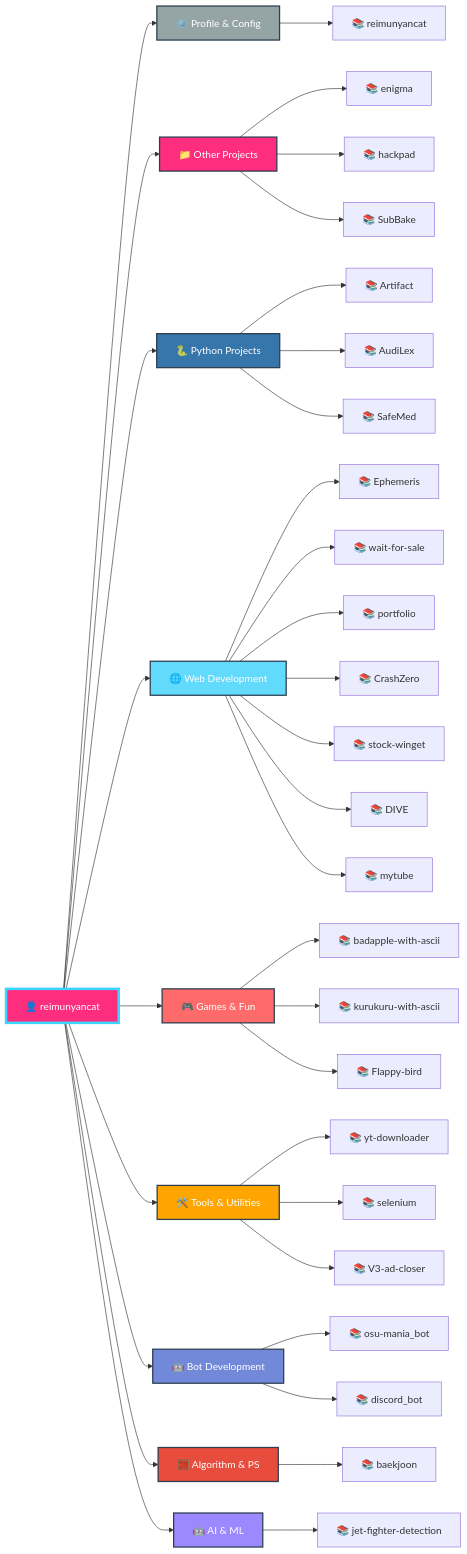
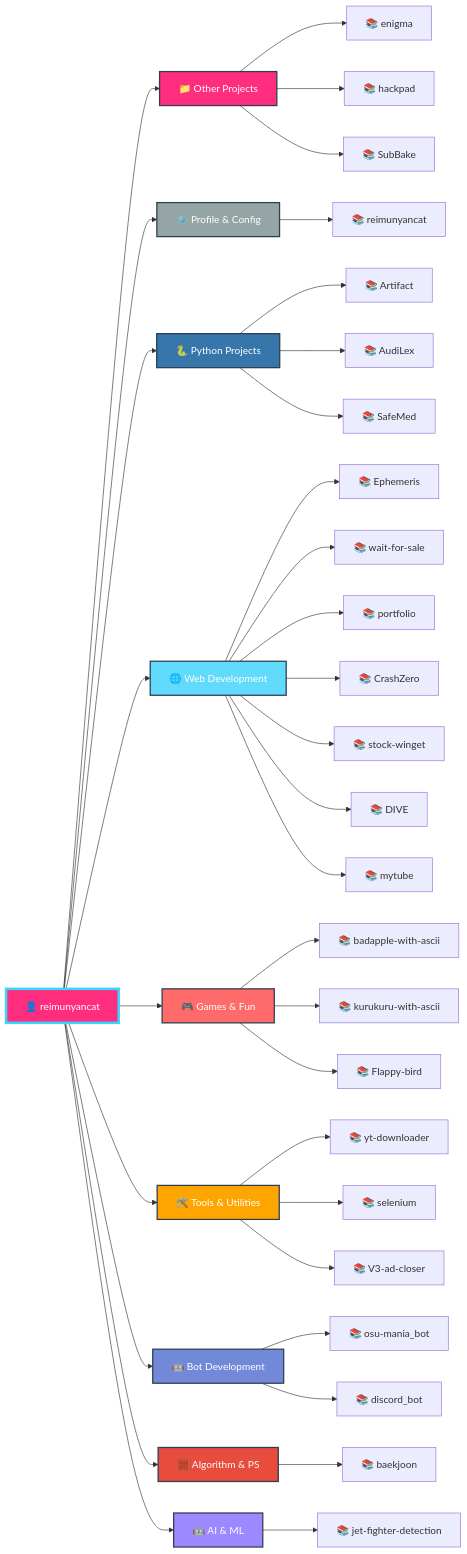
The diagram in README.md (reimunyancat/reimunyancat), drawn with Mermaid before and after one commit.

````diff
--- a/README.md
+++ b/README.md
@@ -159,57 +159,57 @@
 ```mermaid
 graph LR
   A[👤 reimunyancat]
 
-  A --> CAT0[⚙️ Profile & Config]
-  CAT0 --> CAT0_0[📚 reimunyancat]
+  A --> CAT0[📁 Other Projects]
+  CAT0 --> CAT0_0[📚 enigma]
+  CAT0 --> CAT0_1[📚 hackpad]
+  CAT0 --> CAT0_2[📚 SubBake]
 
-  A --> CAT1[📁 Other Projects]
-  CAT1 --> CAT1_0[📚 enigma]
-  CAT1 --> CAT1_1[📚 hackpad]
-  CAT1 --> CAT1_2[📚 SubBake]
+  A --> CAT1[⚙️ Profile & Config]
+  CAT1 --> CAT1_0[📚 reimunyancat]
 
   A --> CAT2[🐍 Python Projects]
   CAT2 --> CAT2_0[📚 Artifact]
   CAT2 --> CAT2_1[📚 AudiLex]
   CAT2 --> CAT2_2[📚 SafeMed]
 
   A --> CAT3[🌐 Web Development]
   CAT3 --> CAT3_0[📚 Ephemeris]
   CAT3 --> CAT3_1[📚 wait-for-sale]
   CAT3 --> CAT3_2[📚 portfolio]
   CAT3 --> CAT3_3[📚 CrashZero]
   CAT3 --> CAT3_4[📚 stock-winget]
   CAT3 --> CAT3_5[📚 DIVE]
   CAT3 --> CAT3_6[📚 mytube]
 
   A --> CAT4[🎮 Games & Fun]
   CAT4 --> CAT4_0[📚 badapple-with-ascii]
   CAT4 --> CAT4_1[📚 kurukuru-with-ascii]
   CAT4 --> CAT4_2[📚 Flappy-bird]
 
   A --> CAT5[🛠️ Tools & Utilities]
   CAT5 --> CAT5_0[📚 yt-downloader]
   CAT5 --> CAT5_1[📚 selenium]
   CAT5 --> CAT5_2[📚 V3-ad-closer]
 
   A --> CAT6[🤖 Bot Development]
   CAT6 --> CAT6_0[📚 osu-mania_bot]
   CAT6 --> CAT6_1[📚 discord_bot]
 
   A --> CAT7[🧮 Algorithm & PS]
   CAT7 --> CAT7_0[📚 baekjoon]
 
   A --> CAT8[🤖 AI & ML]
   CAT8 --> CAT8_0[📚 jet-fighter-detection]
 
   style A fill:#FF2D7E,stroke:#3BD6FF,stroke-width:4px,color:#fff
-  style CAT0 fill:#95a5a6,stroke:#2c3e50,stroke-width:2px,color:#fff
-  style CAT1 fill:#FF2D7E,stroke:#2c3e50,stroke-width:2px,color:#fff
+  style CAT0 fill:#FF2D7E,stroke:#2c3e50,stroke-width:2px,color:#fff
+  style CAT1 fill:#95a5a6,stroke:#2c3e50,stroke-width:2px,color:#fff
   style CAT2 fill:#3776ab,stroke:#2c3e50,stroke-width:2px,color:#fff
   style CAT3 fill:#61dafb,stroke:#2c3e50,stroke-width:2px,color:#fff
   style CAT4 fill:#ff6b6b,stroke:#2c3e50,stroke-width:2px,color:#fff
   style CAT5 fill:#ffa500,stroke:#2c3e50,stroke-width:2px,color:#fff
   style CAT6 fill:#7289da,stroke:#2c3e50,stroke-width:2px,color:#fff
   style CAT7 fill:#e74c3c,stroke:#2c3e50,stroke-width:2px,color:#fff
   style CAT8 fill:#9c88ff,stroke:#2c3e50,stroke-width:2px,color:#fff
 ```
````
